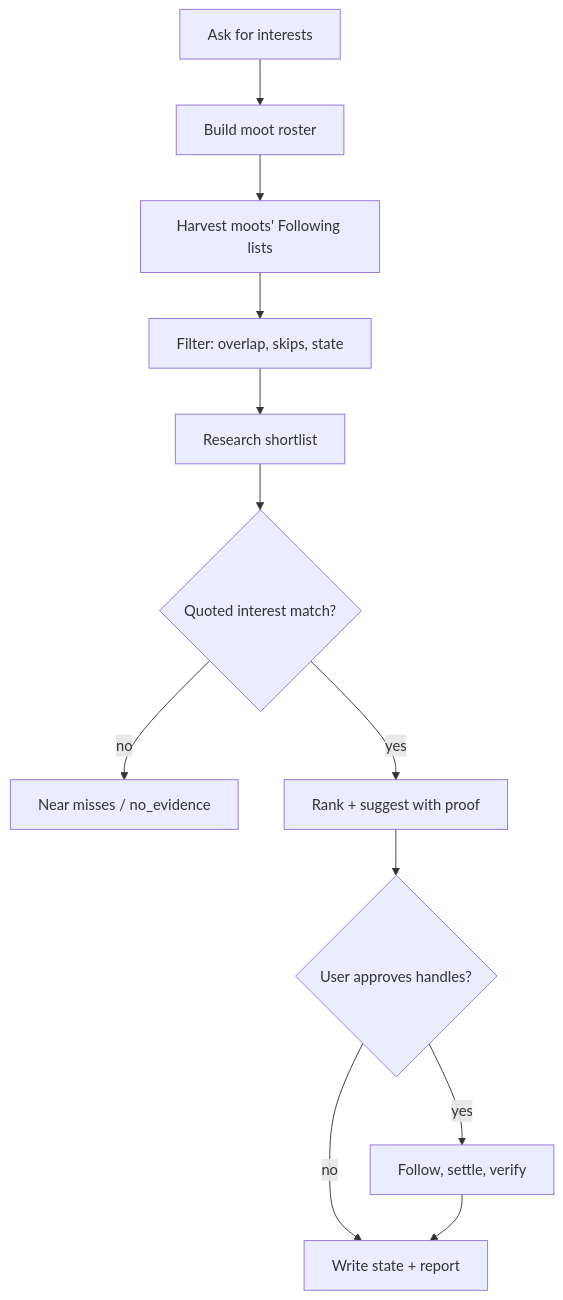
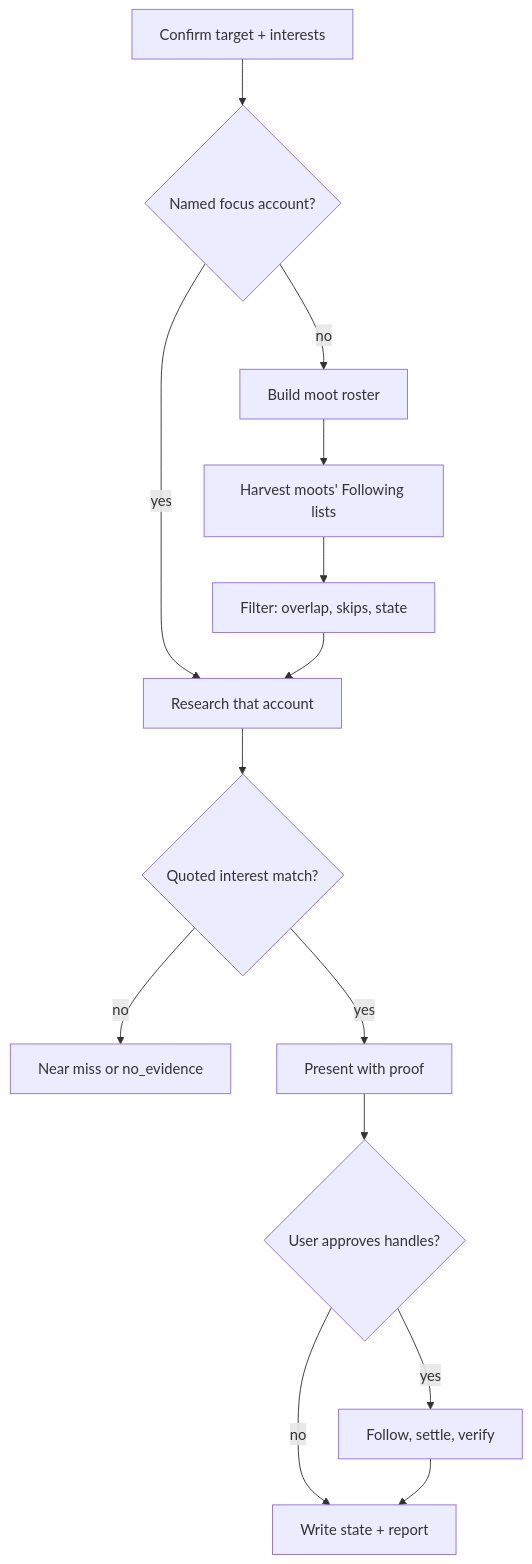
Before and after one commit to johndkane/agent-skills: the first of 2 diagrams in lode/skills/twitter-moot-radar.md, drawn with Mermaid. The commit also changed other lines of this file and 17 other files, not shown here.

First line of the commit message:
Add named-account focus mode to X assessment skills

````diff
--- a/lode/skills/twitter-moot-radar.md
+++ b/lode/skills/twitter-moot-radar.md
@@ -53,14 +60,16 @@
 ```mermaid
 flowchart TD
-    I[Ask for interests] --> R[Build moot roster]
+    I[Confirm target + interests] --> T{Named focus account?}
+    T -- yes --> P[Research that account]
+    T -- no --> R[Build moot roster]
     R --> H[Harvest moots' Following lists]
     H --> F[Filter: overlap, skips, state]
-    F --> P[Research shortlist]
+    F --> P
     P --> S{Quoted interest match?}
-    S -- no --> N[Near misses / no_evidence]
-    S -- yes --> Q[Rank + suggest with proof]
+    S -- no --> N[Near miss or no_evidence]
+    S -- yes --> Q[Present with proof]
     Q --> A{User approves handles?}
     A -- no --> W[Write state + report]
     A -- yes --> V[Follow, settle, verify]
     V --> W
 ```
````
